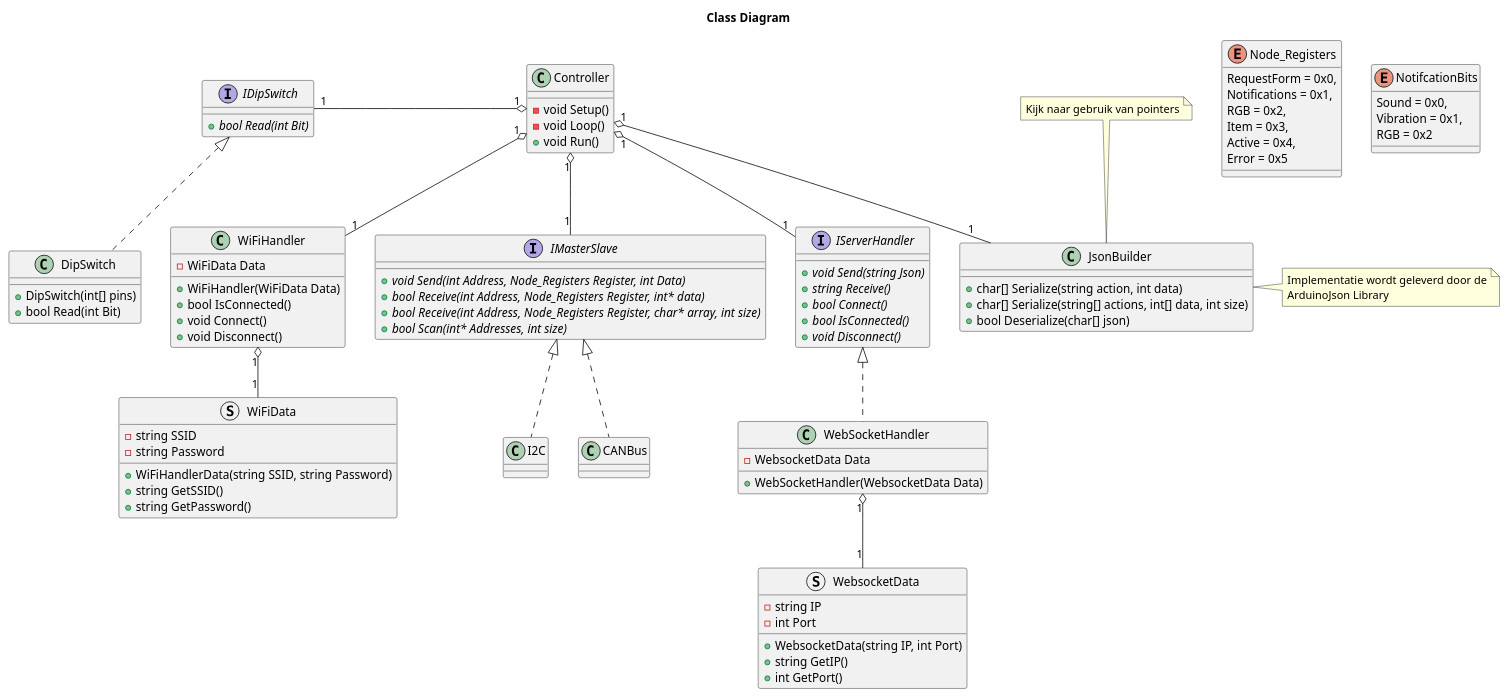
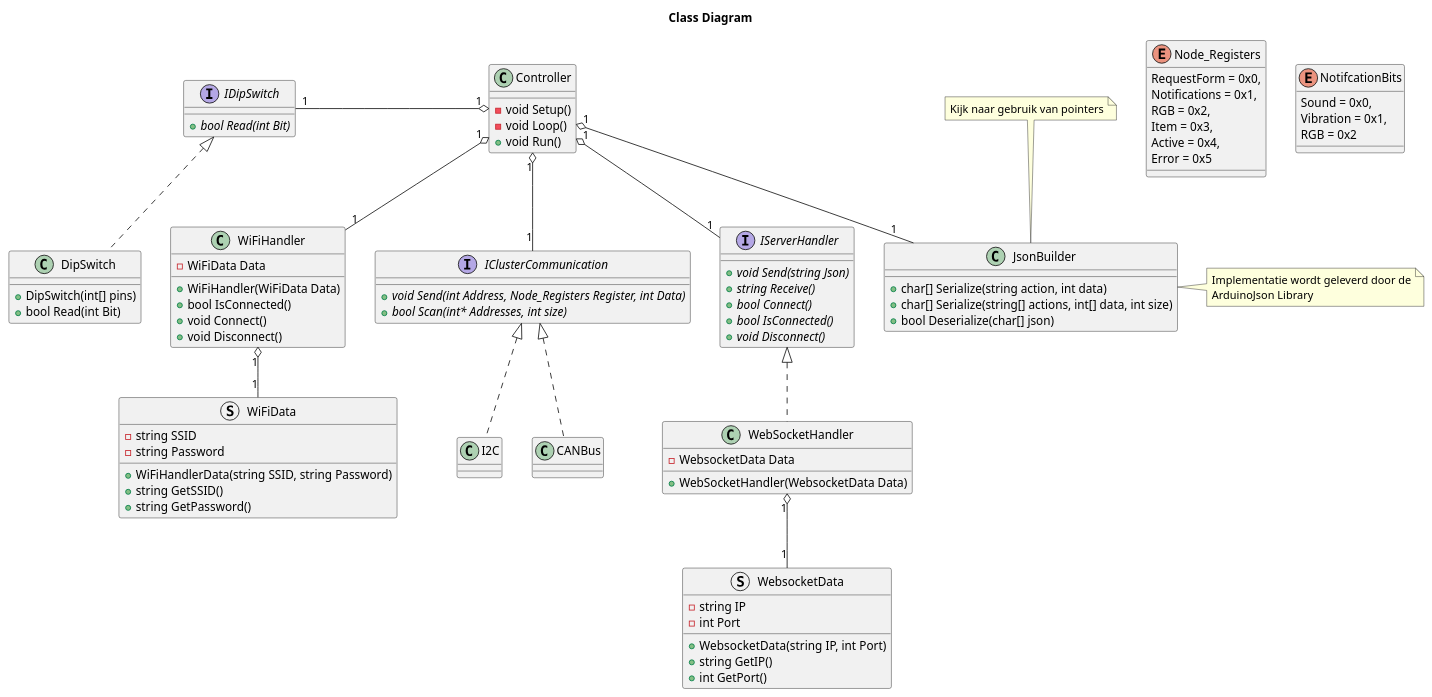
Before and after one commit to T3-FindIt/FindIt: the diagram in Designs/ESP-32/Design.wsd, drawn with PlantUML.

```diff
--- a/Designs/ESP-32/Design.wsd
+++ b/Designs/ESP-32/Design.wsd
@@ -1,123 +1,121 @@
 @startuml ClassDiagram
 Title Class Diagram
 
 Class Controller
 {
     {method} - void Setup()
     {method} - void Loop()
     {method} + void Run()
 }
 
 Interface IServerHandler
 {
     {abstract} + void Send(string Json)
     {abstract} + string Receive()
     {abstract} + bool Connect()
     {abstract} + bool IsConnected()
     {abstract} + void Disconnect()
 }
 
 Class WiFiHandler
 {
     {field} - WiFiData Data
     {method} + WiFiHandler(WiFiData Data)
     {method} + bool IsConnected()
     {method} + void Connect()
     {method} + void Disconnect()
 }
 
 Class WebSocketHandler
 {
     {field} - WebsocketData Data
     {method} + WebSocketHandler(WebsocketData Data)
 }
 
 Struct WebsocketData
 {
     {field} - string IP
     {field} - int Port
 
     {method} + WebsocketData(string IP, int Port)
     {method} + string GetIP()
     {method} + int GetPort()
 }
 
 Struct WiFiData
 {
     {field} - string SSID
     {field} - string Password
 
     {method} + WiFiHandlerData(string SSID, string Password)
     {method} + string GetSSID()
     {method} + string GetPassword()
 }
 
 Interface IDipSwitch
 {
     {abstract} + bool Read(int Bit)
 }
 
 class DipSwitch
 {
     {method} + DipSwitch(int[] pins)
     {method} + bool Read(int Bit)
 }
 
 
-Interface IMasterSlave
+Interface IClusterCommunication
 {
     {abstract} + void Send(int Address, Node_Registers Register, int Data)
-    {abstract} + bool Receive(int Address, Node_Registers Register, int* data)
-    {abstract} + bool Receive(int Address, Node_Registers Register, char* array, int size)
     {abstract} + bool Scan(int* Addresses, int size)
 }
 
 enum Node_Registers
 {
     RequestForm = 0x0,
     Notifications = 0x1,
     RGB = 0x2,
     Item = 0x3,
     Active = 0x4,
     Error = 0x5
 }
 
 enum NotifcationBits 
 {
     Sound = 0x0,
     Vibration = 0x1,
     RGB = 0x2
 }
 
 
 Class JsonBuilder
 {
     {method} + char[] Serialize(string action, int data)
     {method} + char[] Serialize(string[] actions, int[] data, int size)
     {method} + bool Deserialize(char[] json)
 }
 
 note right of JsonBuilder : Implementatie wordt geleverd door de\nArduinoJson Library
 note top of JsonBuilder : Kijk naar gebruik van pointers
 
 ' EMPTY CLASSES
 Class CANBus
 Class I2C
 ' END OF EMPYY CLASSES 
 
-IMasterSlave <|.. I2C
-IMasterSlave <|.. CANBus
+IClusterCommunication <|.. I2C
+IClusterCommunication <|.. CANBus
 IDipSwitch <|.. DipSwitch
 IServerHandler <|.. WebSocketHandler
 
 Controller "1" o-- "1" WiFiHandler
-Controller "1" o-- "1" IMasterSlave
+Controller "1" o-- "1" IClusterCommunication
 Controller "1" o-- "1" JsonBuilder
 Controller "1" o-left- "1" IDipSwitch
 Controller "1" o-- "1" IServerHandler
 
 WiFiHandler "1" o-- "1" WiFiData
 WebSocketHandler "1" o-- "1" WebsocketData
 
 
 @enduml
```
